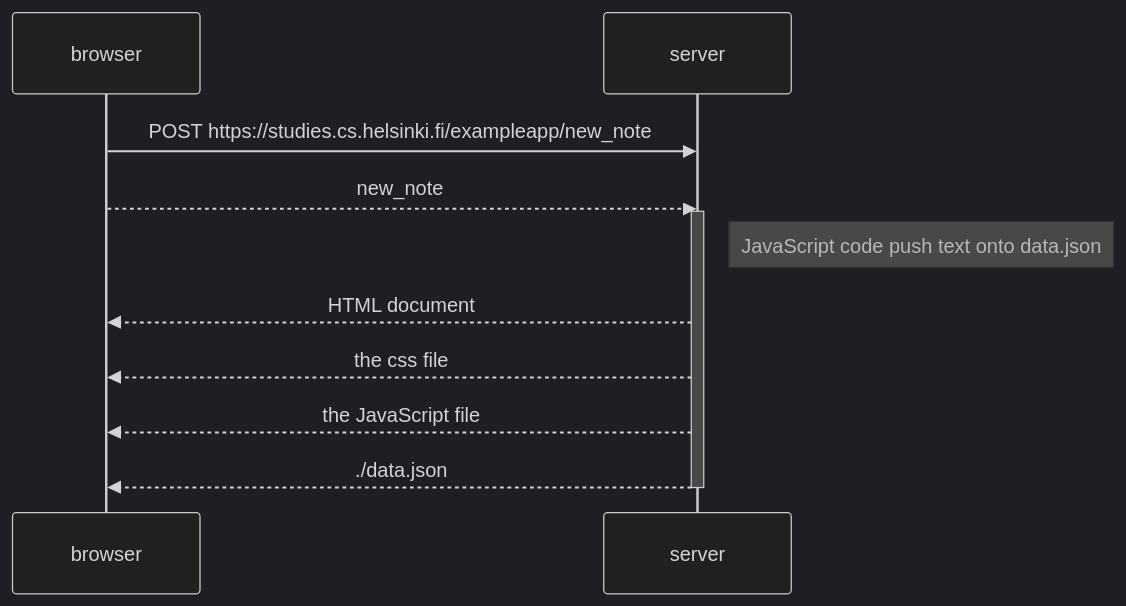
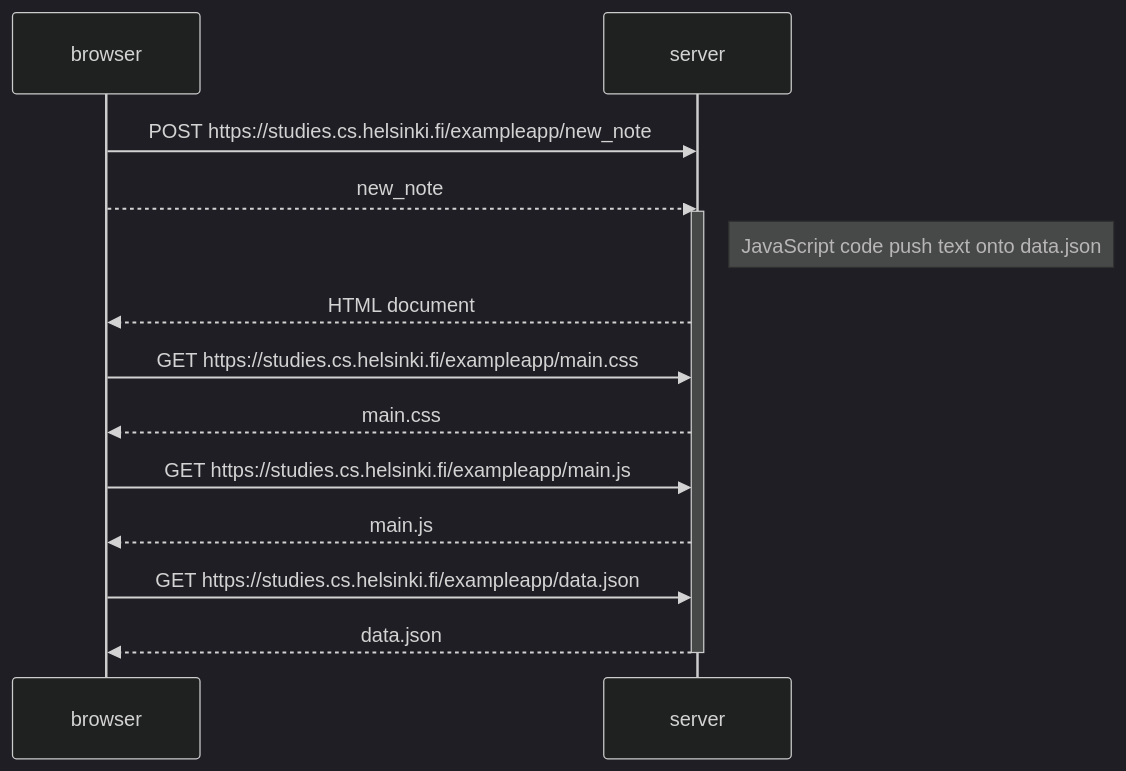
The diagram in part0/0.4/FormPostSequenceDiagram.md (omgmvi/fullstackopen2023), drawn with Mermaid (dark theme) before and after one commit.

Commit message:
Update FormPostSequenceDiagram.md
Update the POST to GET

````diff
--- a/part0/0.4/FormPostSequenceDiagram.md
+++ b/part0/0.4/FormPostSequenceDiagram.md
@@ -3,15 +3,18 @@
 ```mermaid
 sequenceDiagram
     participant browser
     participant server
 
     browser->>server: POST https://studies.cs.helsinki.fi/exampleapp/new_note
     browser-->>server: new_note
     activate server
     Note right of server: JavaScript code push text onto data.json
     server-->>browser: HTML document
-    server-->>browser: the css file
-    server-->>browser: the JavaScript file
-    server-->>browser: ./data.json
+    browser->>server: GET https://studies.cs.helsinki.fi/exampleapp/main.css
+    server-->>browser: main.css
+    browser->>server: GET https://studies.cs.helsinki.fi/exampleapp/main.js
+    server-->>browser: main.js
+    browser->>server: GET https://studies.cs.helsinki.fi/exampleapp/data.json
+    server-->>browser: data.json
     deactivate server
 ```
````
